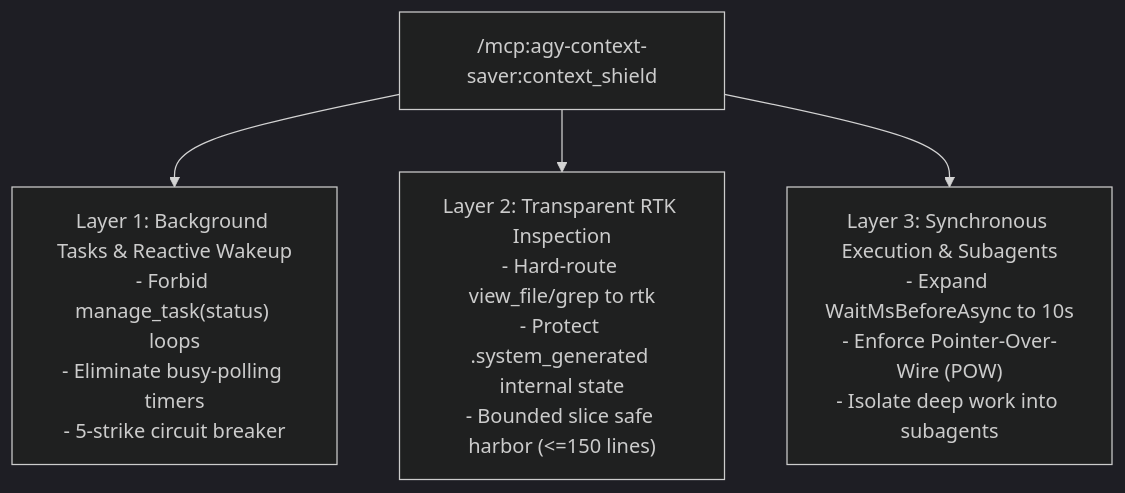
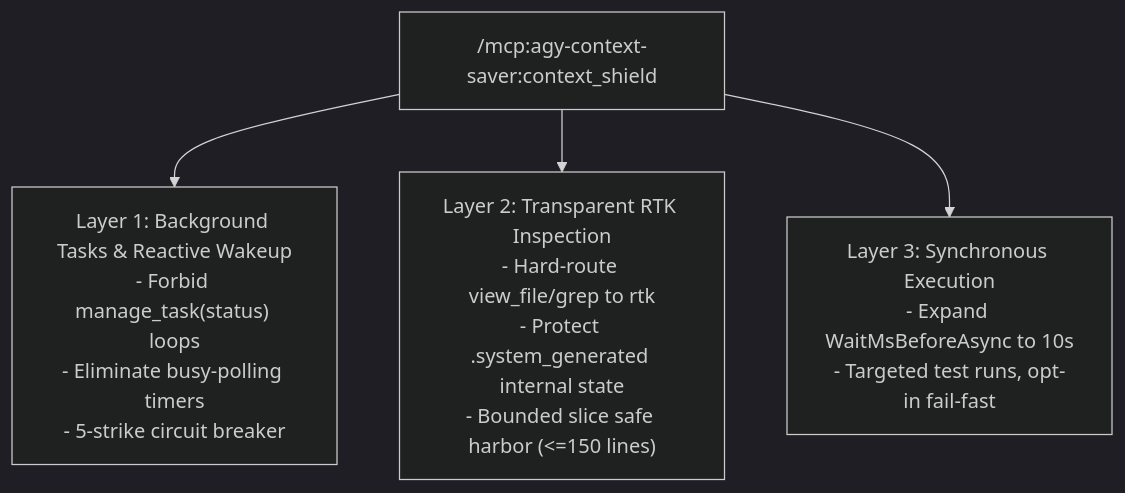
One commit to paragon-ux/Agy-Context-Saver changed the second of 2 diagrams in docs/tools.md. Above: the diagram before and after it, drawn with Mermaid (dark theme). The commit also changed other lines of this file and 27 other files, not shown here.

````diff
--- a/docs/tools.md
+++ b/docs/tools.md
@@ -468,12 +367,12 @@
 ```mermaid
 flowchart TD
     CS["/mcp:agy-context-saver:context_shield"]
     
     L1["Layer 1: Background Tasks & Reactive Wakeup\n- Forbid manage_task(status) loops\n- Eliminate busy-polling timers\n- 5-strike circuit breaker"]
     L2["Layer 2: Transparent RTK Inspection\n- Hard-route view_file/grep to rtk\n- Protect .system_generated internal state\n- Bounded slice safe harbor (<=150 lines)"]
-    L3["Layer 3: Synchronous Execution & Subagents\n- Expand WaitMsBeforeAsync to 10s\n- Enforce Pointer-Over-Wire (POW)\n- Isolate deep work into subagents"]
+    L3["Layer 3: Synchronous Execution\n- Expand WaitMsBeforeAsync to 10s\n- Targeted test runs, opt-in fail-fast"]
     
     CS --> L1
     CS --> L2
     CS --> L3
 ```
````
